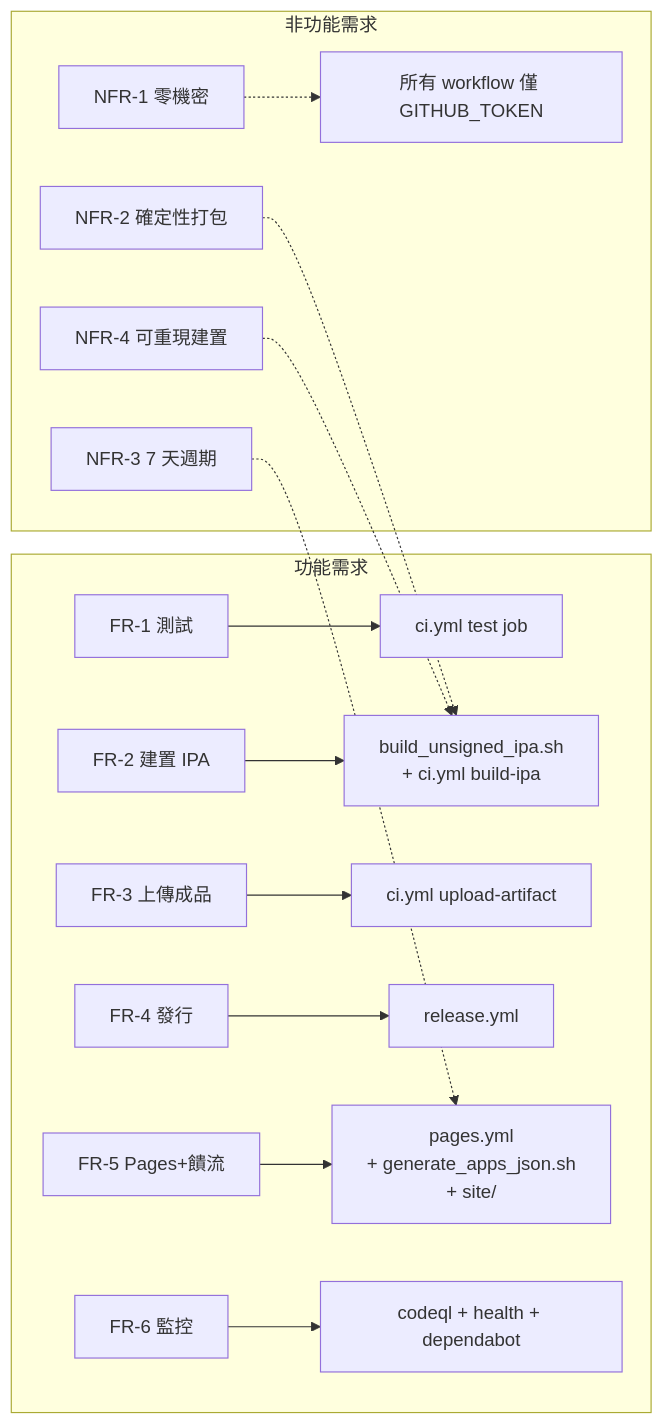
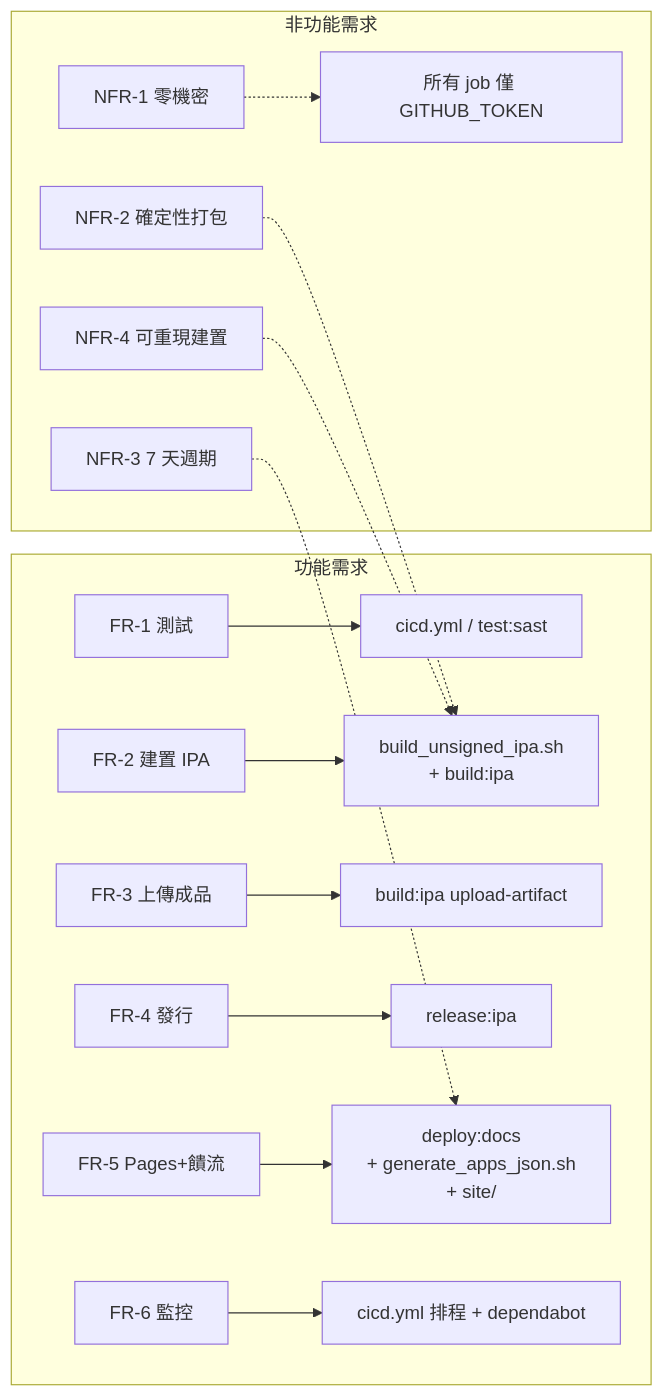
Before and after one commit to Mcc-Mak/ios-app: the diagram in docbase/rtm.md, drawn with Mermaid. The commit also changed other lines of this file and 28 other files, not shown here.

First line of the commit message:
feat: 整併為單一工作流程 cicd.yml 並重寫入口網站側載教學

````diff
--- a/docbase/rtm.md
+++ b/docbase/rtm.md
@@ -5,17 +5,17 @@
 ```mermaid
 flowchart LR
   subgraph FR["功能需求"]
-    FR1["FR-1 測試"] --> CI["ci.yml test job"]
-    FR2["FR-2 建置 IPA"] --> BUILD["build_unsigned_ipa.sh<br/>+ ci.yml build-ipa"]
-    FR3["FR-3 上傳成品"] --> UP["ci.yml upload-artifact"]
-    FR4["FR-4 發行"] --> REL["release.yml"]
-    FR5["FR-5 Pages+饋流"] --> PAGES["pages.yml<br/>+ generate_apps_json.sh<br/>+ site/"]
-    FR6["FR-6 監控"] --> MON["codeql + health + dependabot"]
+    FR1["FR-1 測試"] --> CI["cicd.yml / test:sast"]
+    FR2["FR-2 建置 IPA"] --> BUILD["build_unsigned_ipa.sh<br/>+ build:ipa"]
+    FR3["FR-3 上傳成品"] --> UP["build:ipa upload-artifact"]
+    FR4["FR-4 發行"] --> REL["release:ipa"]
+    FR5["FR-5 Pages+饋流"] --> PAGES["deploy:docs<br/>+ generate_apps_json.sh<br/>+ site/"]
+    FR6["FR-6 監控"] --> MON["cicd.yml 排程 + dependabot"]
   end
   subgraph NFR["非功能需求"]
-    NFR1["NFR-1 零機密"] -.-> ALL["所有 workflow 僅 GITHUB_TOKEN"]
+    NFR1["NFR-1 零機密"] -.-> ALL["所有 job 僅 GITHUB_TOKEN"]
     NFR2["NFR-2 確定性打包"] -.-> BUILD
     NFR3["NFR-3 7 天週期"] -.-> PAGES
     NFR4["NFR-4 可重現建置"] -.-> BUILD
   end
 ```
````
